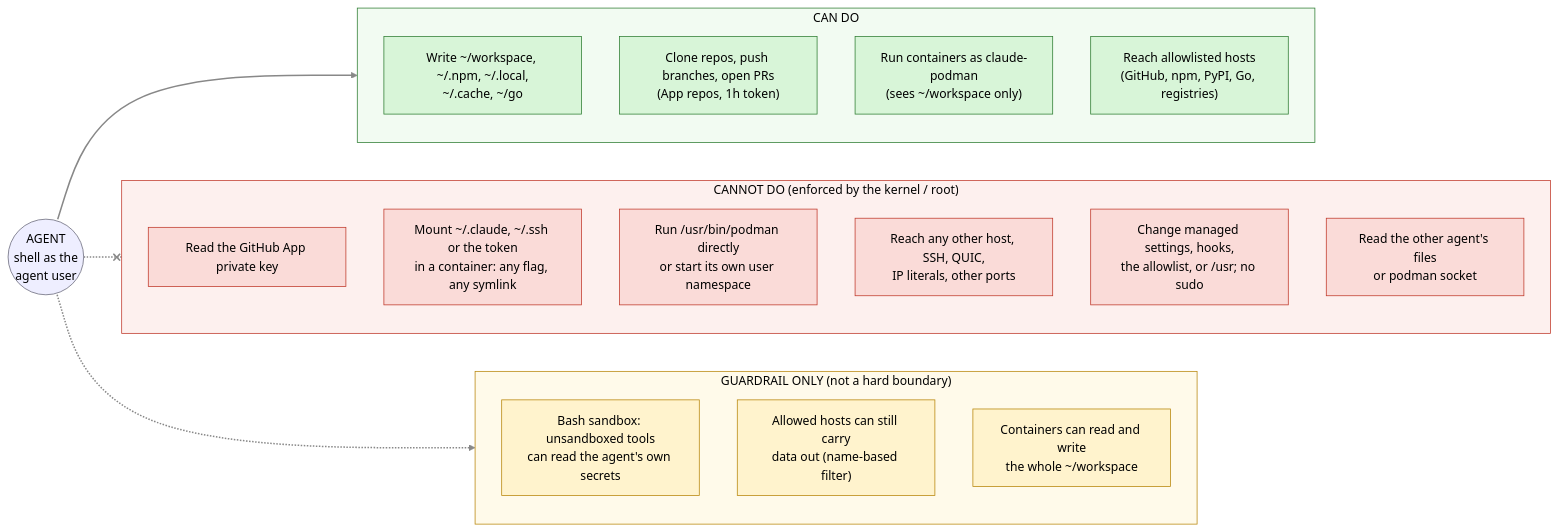
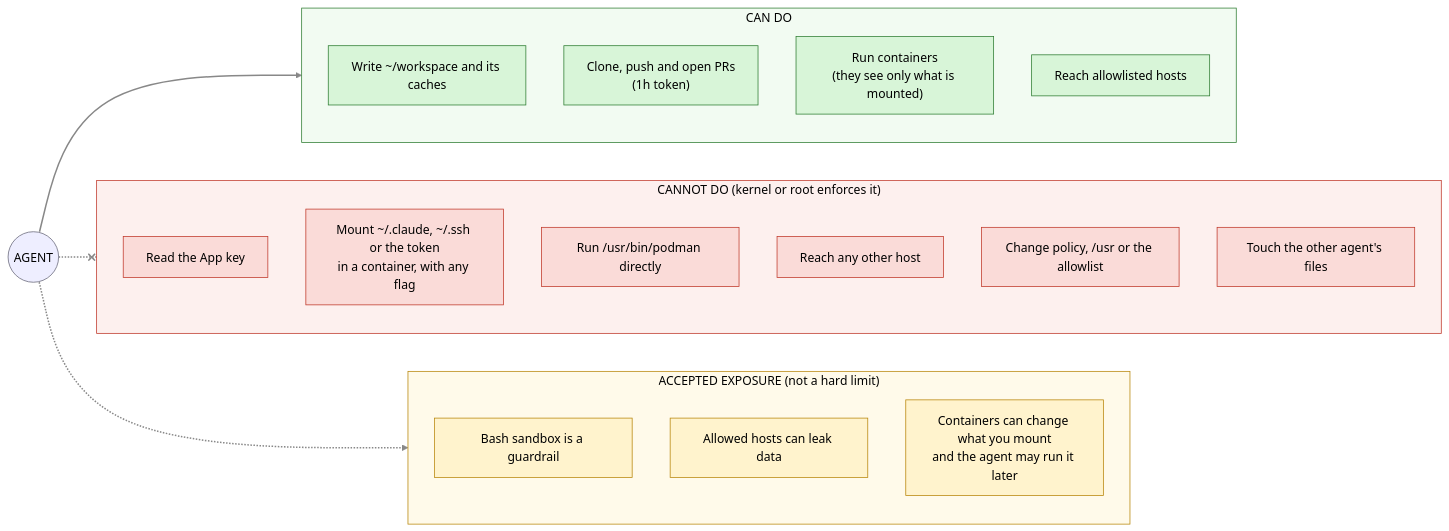
One commit to cthtrifork/homeserver-bootc changed the second of 3 diagrams in docs/claude-vm/README.md. Above: the diagram before and after it, drawn with Mermaid. The commit also changed other lines of this file, not shown here.

Commit message:
docs(claude-vm): simplify the can/cannot diagram and rename guardrails to accepted exposure

````diff
--- a/docs/claude-vm/README.md
+++ b/docs/claude-vm/README.md
@@ -78,45 +78,45 @@
 ```mermaid
 flowchart LR
-    AG(("AGENT<br/>shell as the<br/>agent user"))
+    AG(("AGENT"))
 
     subgraph CAN["CAN DO"]
         direction TB
-        C1["Write ~/workspace, ~/.npm, ~/.local,<br/>~/.cache, ~/go"]
-        C2["Clone repos, push branches, open PRs<br/>(App repos, 1h token)"]
-        C3["Run containers as claude-podman<br/>(sees ~/workspace only)"]
-        C4["Reach allowlisted hosts<br/>(GitHub, npm, PyPI, Go, registries)"]
+        C1["Write ~/workspace and its caches"]
+        C2["Clone, push and open PRs<br/>(1h token)"]
+        C3["Run containers<br/>(they see only what is mounted)"]
+        C4["Reach allowlisted hosts"]
     end
 
-    subgraph CANT["CANNOT DO (enforced by the kernel / root)"]
+    subgraph CANT["CANNOT DO (kernel or root enforces it)"]
         direction TB
-        N1["Read the GitHub App private key"]
-        N2["Mount ~/.claude, ~/.ssh or the token<br/>in a container: any flag, any symlink"]
-        N3["Run /usr/bin/podman directly<br/>or start its own user namespace"]
-        N4["Reach any other host, SSH, QUIC,<br/>IP literals, other ports"]
-        N5["Change managed settings, hooks,<br/>the allowlist, or /usr; no sudo"]
-        N6["Read the other agent's files<br/>or podman socket"]
+        N1["Read the App key"]
+        N2["Mount ~/.claude, ~/.ssh or the token<br/>in a container, with any flag"]
+        N3["Run /usr/bin/podman directly"]
+        N4["Reach any other host"]
+        N5["Change policy, /usr or the allowlist"]
+        N6["Touch the other agent's files"]
     end
 
-    subgraph SOFT["GUARDRAIL ONLY (not a hard boundary)"]
+    subgraph SOFT["ACCEPTED EXPOSURE (not a hard limit)"]
         direction TB
-        S1["Bash sandbox: unsandboxed tools<br/>can read the agent's own secrets"]
-        S2["Allowed hosts can still carry<br/>data out (name-based filter)"]
-        S3["Containers can read and write<br/>the whole ~/workspace"]
+        S1["Bash sandbox is a guardrail"]
+        S2["Allowed hosts can leak data"]
+        S3["Containers can change what you mount<br/>and the agent may run it later"]
     end
 
     AG --> CAN
     AG -.-x CANT
     AG -.-> SOFT
 
     linkStyle default stroke:#888,stroke-width:2px
     classDef ok fill:#d8f5d8,stroke:#2e7d32,color:#000
     classDef no fill:#fadbd8,stroke:#c0392b,color:#000
     classDef soft fill:#fff3cd,stroke:#b8860b,color:#000
     class C1,C2,C3,C4 ok
     class N1,N2,N3,N4,N5,N6 no
     class S1,S2,S3 soft
     style CAN fill:#f2fbf2,stroke:#2e7d32,color:#000
     style CANT fill:#fdf0ee,stroke:#c0392b,color:#000
     style SOFT fill:#fffaea,stroke:#b8860b,color:#000
     style AG fill:#eef,stroke:#667,color:#000
 ```
````
